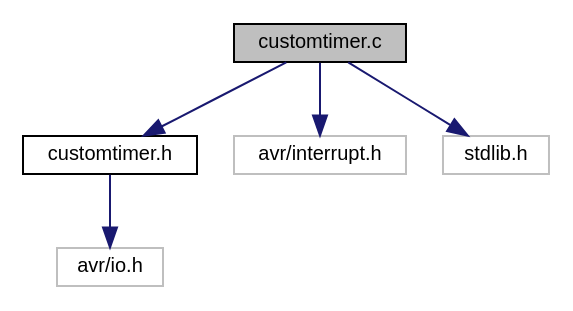
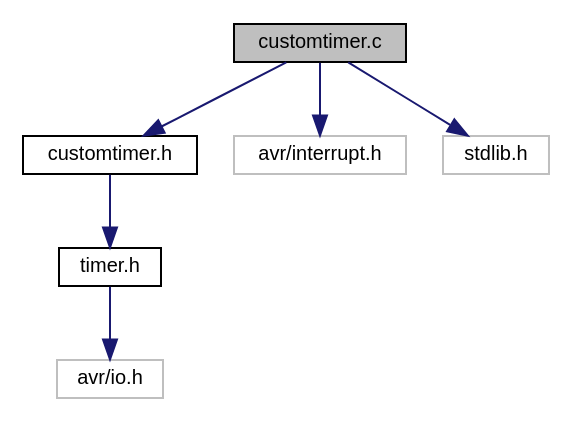
The diagram in customtimer_8c__incl.dot (LuTri/AVRClock), drawn with Graphviz before and after one commit. The commit also changed 41 other files, not shown here.

```diff
--- a/customtimer_8c__incl.dot
+++ b/customtimer_8c__incl.dot
@@ -1,14 +1,16 @@
 digraph "customtimer.c"
 {
   edge [fontname="Helvetica",fontsize="10",labelfontname="Helvetica",labelfontsize="10"];
   node [fontname="Helvetica",fontsize="10",shape=record];
   Node1 [label="customtimer.c",height=0.2,width=0.4,color="black", fillcolor="grey75", style="filled" fontcolor="black"];
   Node1 -> Node2 [color="midnightblue",fontsize="10",style="solid",fontname="Helvetica"];
   Node2 [label="customtimer.h",height=0.2,width=0.4,color="black", fillcolor="white", style="filled",URL="$customtimer_8h.html"];
   Node2 -> Node3 [color="midnightblue",fontsize="10",style="solid",fontname="Helvetica"];
-  Node3 [label="avr/io.h",height=0.2,width=0.4,color="grey75", fillcolor="white", style="filled"];
-  Node1 -> Node4 [color="midnightblue",fontsize="10",style="solid",fontname="Helvetica"];
-  Node4 [label="avr/interrupt.h",height=0.2,width=0.4,color="grey75", fillcolor="white", style="filled"];
+  Node3 [label="timer.h",height=0.2,width=0.4,color="black", fillcolor="white", style="filled",URL="$timer_8h.html"];
+  Node3 -> Node4 [color="midnightblue",fontsize="10",style="solid",fontname="Helvetica"];
+  Node4 [label="avr/io.h",height=0.2,width=0.4,color="grey75", fillcolor="white", style="filled"];
   Node1 -> Node5 [color="midnightblue",fontsize="10",style="solid",fontname="Helvetica"];
-  Node5 [label="stdlib.h",height=0.2,width=0.4,color="grey75", fillcolor="white", style="filled"];
+  Node5 [label="avr/interrupt.h",height=0.2,width=0.4,color="grey75", fillcolor="white", style="filled"];
+  Node1 -> Node6 [color="midnightblue",fontsize="10",style="solid",fontname="Helvetica"];
+  Node6 [label="stdlib.h",height=0.2,width=0.4,color="grey75", fillcolor="white", style="filled"];
 }
```
